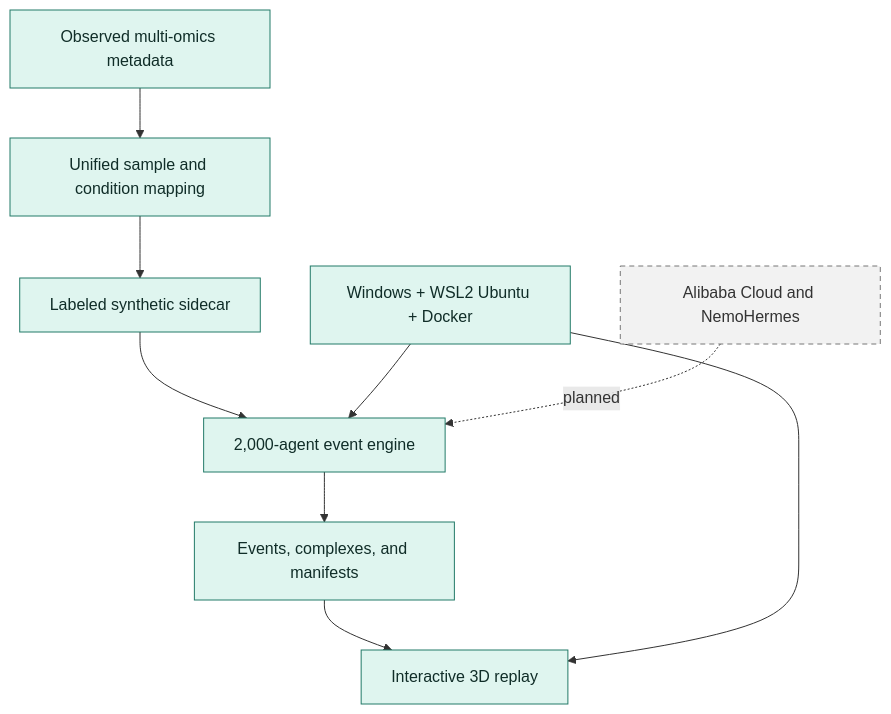
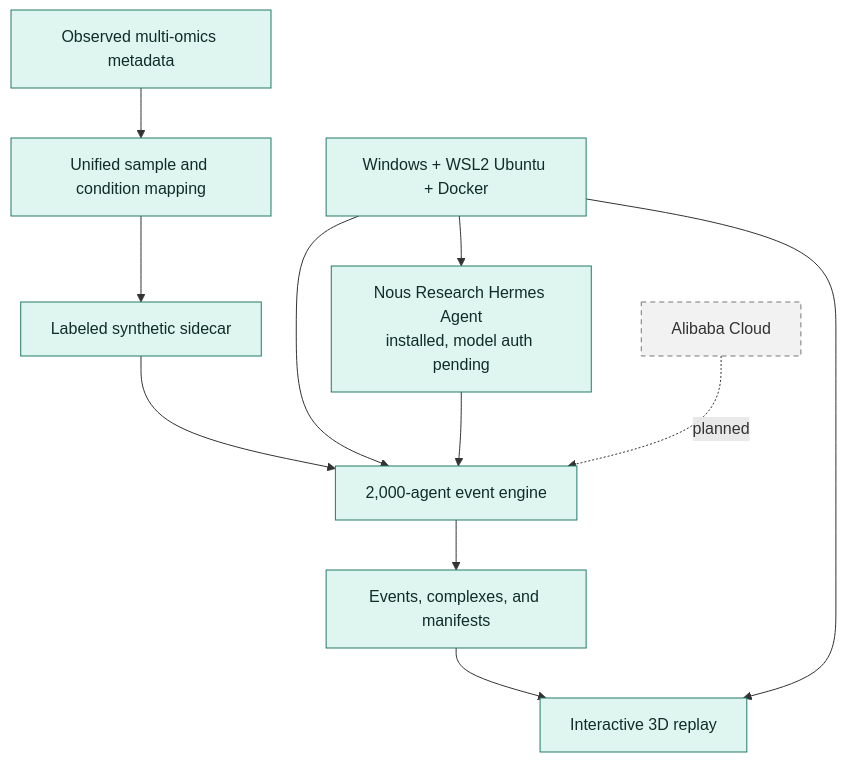
Before and after one commit to PrzmArk77469/E.coli-Multi-Omics-World-Model-Test-Demo: the diagram in README.md, drawn with Mermaid. The commit also changed other lines of this file and 11 other files, not shown here.

Commit message:
Deploy official Hermes Agent in WSL

````diff
--- a/README.md
+++ b/README.md
@@ -20,16 +21,18 @@
 ```mermaid
 flowchart TB
     Data["Observed multi-omics metadata"] --> Mapping["Unified sample and condition mapping"]
     Mapping --> Synthetic["Labeled synthetic sidecar"]
     Synthetic --> Engine["2,000-agent event engine"]
     Engine --> Events["Events, complexes, and manifests"]
     Events --> Viewer["Interactive 3D replay"]
     Infra["Windows + WSL2 Ubuntu + Docker"] --> Engine
     Infra --> Viewer
-    Cloud["Alibaba Cloud and NemoHermes"] -. planned .-> Engine
+    Infra --> Hermes["Nous Research Hermes Agent<br/>installed, model auth pending"]
+    Hermes --> Engine
+    Cloud["Alibaba Cloud"] -. planned .-> Engine
 
     classDef done fill:#dff5ef,stroke:#237a68,color:#102d28;
     classDef planned fill:#f2f2f2,stroke:#777,color:#333,stroke-dasharray:5 4;
-    class Data,Mapping,Synthetic,Engine,Events,Viewer,Infra done;
+    class Data,Mapping,Synthetic,Engine,Events,Viewer,Infra,Hermes done;
     class Cloud planned;
 ```
````
